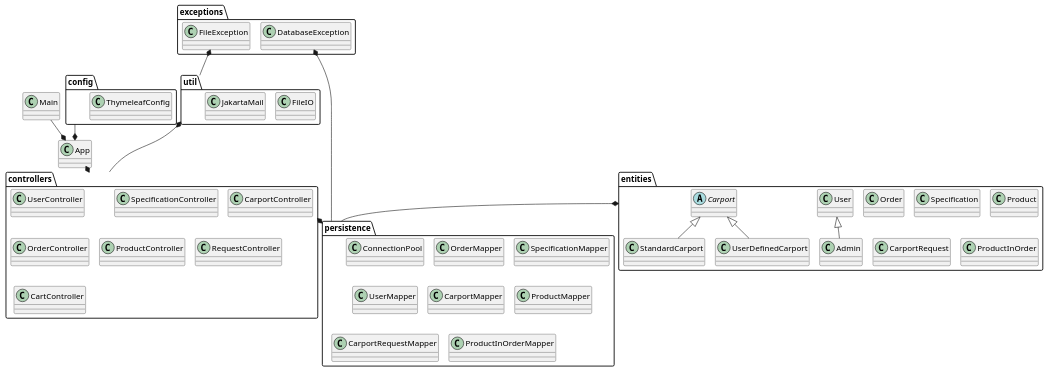
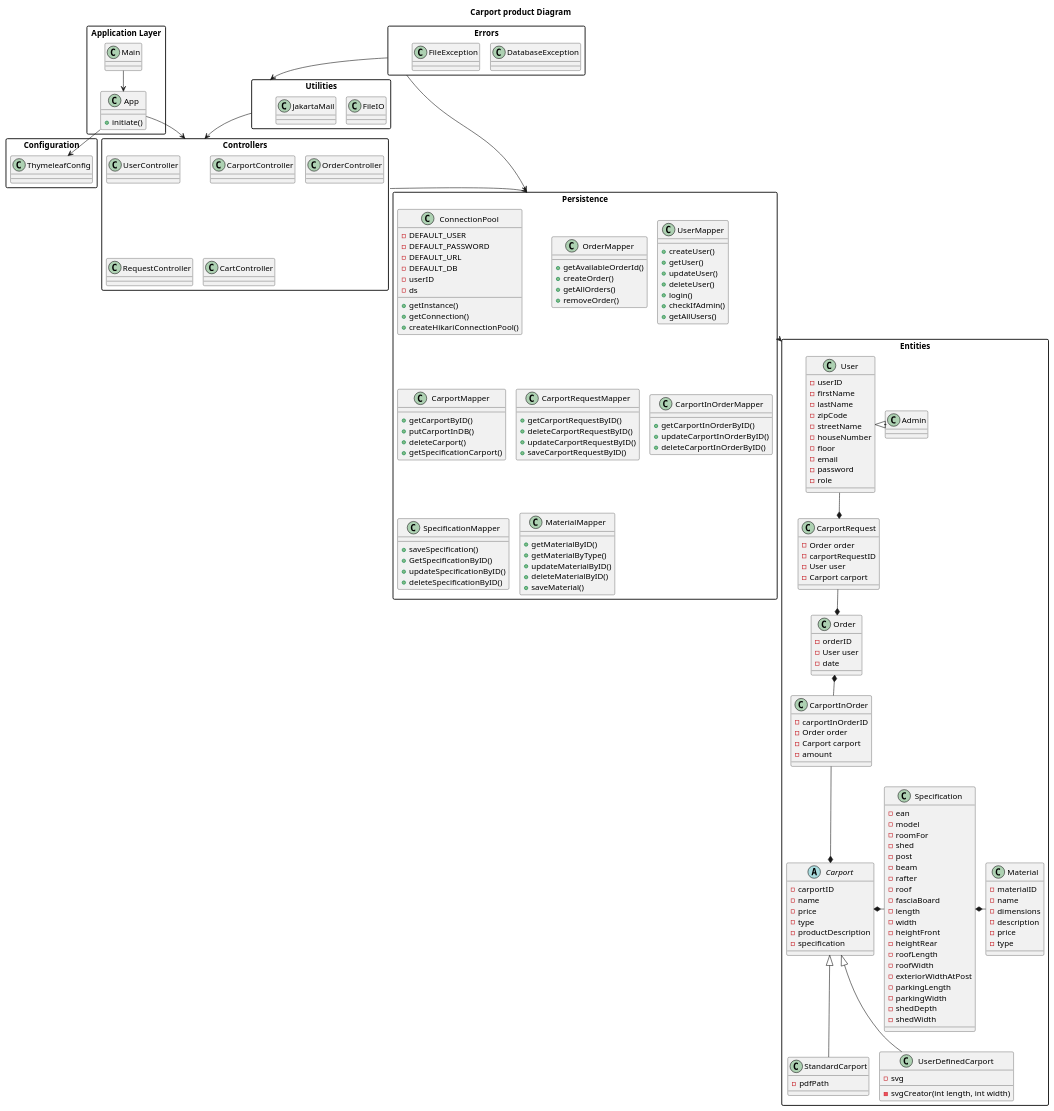
The diagram in doc/initial_class_diagram.puml (EmilXavierVT/fogCarport), drawn with PlantUML before and after one commit. The commit also changed 3 other files, not shown here.

Commit message:
Finished initial class diagram, with base methods and attribbutes - made by whole group.

```diff
--- a/doc/initial_class_diagram.puml
+++ b/doc/initial_class_diagram.puml
@@ -2,72 +2,228 @@
 !pragma layout smetana
 'https://plantuml.com/class-diagram
 
+skinparam packageStyle rectangle
 
-class Main
-class App
 
-package entities{
-class Order
-class Specification
-class StandardCarport
-class User
-class Product
-class UserDefinedCarport
-class CarportRequest
-class ProductInOrder
-class Admin
-abstract Carport
+title Carport product Diagram
+
+' --------------------------------------------------------------------
+' LAYERS
+' --------------------------------------------------------------------
+
+
+package "Application Layer" {
+    class Main
+    class App {
+    + initiate()
+    }
 }
 
-package util{
-class FileIO
-class JakartaMail
+package "Configuration" {
+    class ThymeleafConfig
 }
 
-package config{
-class ThymeleafConfig
+package "Controllers" {
+    class UserController
+    class CarportController
+    class OrderController
+    class RequestController
+    class CartController
 }
 
-package controllers{
-class UserController
-class SpecificationController
-class CarportController
-class OrderController
-class ProductController
-class RequestController
-class CartController
+package "Persistence" {
+    class ConnectionPool{
+    - DEFAULT_USER
+    - DEFAULT_PASSWORD
+    - DEFAULT_URL
+    - DEFAULT_DB
+    - userID
+    - ds
+
+    + getInstance()
+    + getConnection()
+    + createHikariConnectionPool()
+    }
+
+    class OrderMapper{
+    + getAvailableOrderId()
+    + createOrder()
+    + getAllOrders()
+    + removeOrder()
+    }
+
+    class UserMapper
+    {
+    + createUser()
+    + getUser()
+    + updateUser()
+    + deleteUser()
+    + login()
+    + checkIfAdmin()
+    + getAllUsers()
+    }
+
+    class CarportMapper{
+    + getCarportByID()
+    + putCarportInDB()
+    + deleteCarport()
+    + getSpecificationCarport()
+    }
+
+    class CarportRequestMapper {
+    + getCarportRequestByID()
+    + deleteCarportRequestByID()
+    + updateCarportRequestByID()
+    + saveCarportRequestByID()
+    }
+
+    class CarportInOrderMapper {
+    + getCarportInOrderByID()
+    + updateCarportInOrderByID()
+    + deleteCarportInOrderByID()
+    }
+
+    class SpecificationMapper{
+    + saveSpecification()
+    + GetSpecificationByID()
+    + updateSpecificationByID()
+    + deleteSpecificationByID()
+    }
+
+    class MaterialMapper {
+    + getMaterialByID()
+    + getMaterialByType()
+    + updateMaterialByID()
+    + deleteMaterialByID()
+    + saveMaterial()
+    }
 }
 
-package exceptions {
-class DatabaseException
-class FileException
+package "Entities" {
+    abstract class Carport {
+    - carportID
+    - name
+    - price
+    - type
+    - productDescription
+    - specification
+    }
+    class StandardCarport {
+    - pdfPath
+
+    }
+    class UserDefinedCarport {
+    - svg
+    - svgCreator(int length, int width)
+    }
+
+    class Order{
+    - orderID
+    - User user
+    - date
+    }
+
+    class Material{
+    - materialID
+    - name
+    - dimensions
+    - description
+    - price
+    - type
+    }
+
+    class User {
+    - userID
+    - firstName
+    - lastName
+    - zipCode
+    - streetName
+    - houseNumber
+    - floor
+    - email
+    - password
+    - role
+    }
+    class Admin
+
+    class Specification {
+    - ean
+    - model
+    - roomFor
+    - shed
+    - post
+    - beam
+    - rafter
+    - roof
+    - fasciaBoard
+    - length
+    - width
+    - heightFront
+    - heightRear
+    - roofLength
+    - roofWidth
+    - exteriorWidthAtPost
+    - parkingLength
+    - parkingWidth
+    - shedDepth
+    - shedWidth
+    }
+
+    class CarportRequest {
+    - Order order
+    - carportRequestID
+    - User user
+    - Carport carport
+    }
+
+    class CarportInOrder {
+    - carportInOrderID
+    - Order order
+    - Carport carport
+    - amount
+    }
 }
 
-package persistence{
-class ConnectionPool
-class OrderMapper
-class SpecificationMapper
-class UserMapper
-class CarportMapper
-class ProductMapper
-class CarportRequestMapper
-class ProductInOrderMapper
+package "Utilities" {
+    class FileIO
+    class JakartaMail
 }
 
+package "Errors" {
+    class DatabaseException
+    class FileException
+}
 
+' --------------------------------------------------------------------
+' HIGH-LEVEL RELATIONSHIPS (cleaned)
+' --------------------------------------------------------------------
 
-Main --* App
-App --* controllers
-util *--- controllers
-DatabaseException *--- persistence
-FileException *--- util
+Main --> App
 
-config --* App
+App --> Controllers
+App --> ThymeleafConfig
+
+Controllers --> Persistence
+Persistence --> Entities
+
+Utilities --> Controllers
+Errors --> Persistence
+Errors --> Utilities
+
+' --------------------------------------------------------------------
+' Entities
+' --------------------------------------------------------------------
+Carport *--right- Specification
+User --* CarportRequest
+CarportRequest --* Order
+Order *-- CarportInOrder
+CarportInOrder --* Carport
+Material -left-* Specification
+' --------------------------------------------------------------------
+' KEY INHERITANCE ONLY (kept simple)
+' --------------------------------------------------------------------
+
+Carport <|-- StandardCarport
 Carport <|-- UserDefinedCarport
-Carport <|-- StandardCarport
-controllers --* persistence
-persistence --* entities
-User <|-- Admin
-
-
+User <|-right- Admin
 @enduml
```
